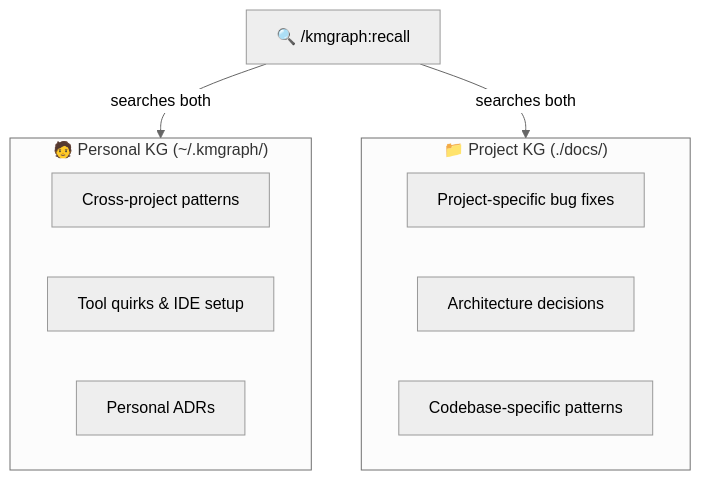
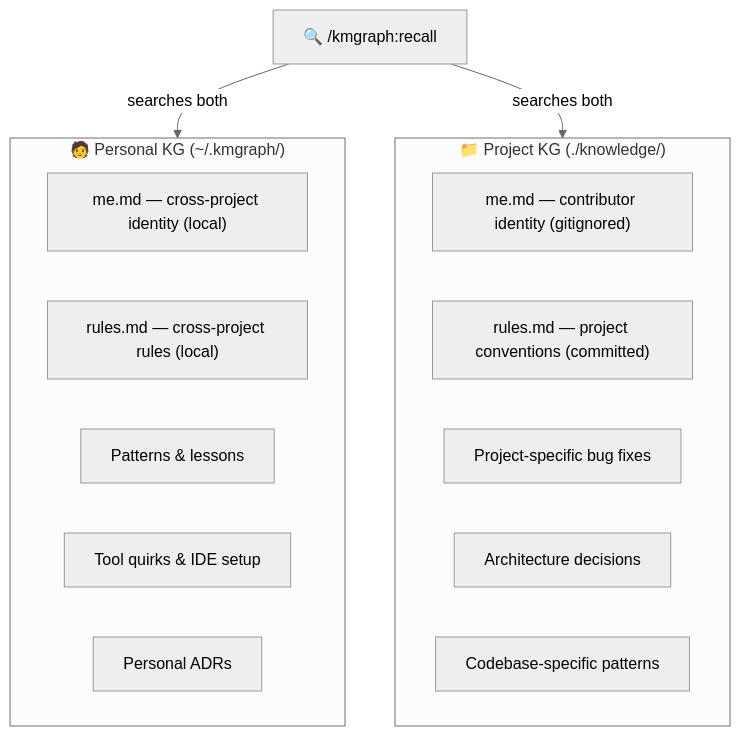
The diagram in docs/PERSONAL-V-PROJECT.md (technomensch/knowledge-graph), drawn with Mermaid before and after one commit. The commit also changed other lines of this file and 35 other files, not shown here.

````diff
--- a/docs/PERSONAL-V-PROJECT.md
+++ b/docs/PERSONAL-V-PROJECT.md
@@ -54,22 +67,26 @@
 ```mermaid
 %%{init: {'theme': 'neutral'}}%%
 graph TB
     subgraph Personal ["🧑 Personal KG (~/.kmgraph/)"]
-        P1["Cross-project patterns"]
+        PM["me.md — cross-project identity (local)"]
+        PR["rules.md — cross-project rules (local)"]
+        P1["Patterns & lessons"]
         P2["Tool quirks & IDE setup"]
         P3["Personal ADRs"]
     end
 
-    subgraph Project ["📁 Project KG (./docs/)"]
+    subgraph Project ["📁 Project KG (./knowledge/)"]
+        PJM["me.md — contributor identity (gitignored)"]
+        PJR["rules.md — project conventions (committed)"]
         PJ1["Project-specific bug fixes"]
         PJ2["Architecture decisions"]
         PJ3["Codebase-specific patterns"]
     end
 
     Recall["🔍 /kmgraph:recall"]
     Recall -->|searches both| Personal
     Recall -->|searches both| Project
 
     accTitle: Personal vs Project KG scopes
-    accDescr: Two KG scopes — Personal stored at ~/.kmgraph/ and Project stored in ./docs/. Recall searches both automatically.
+    accDescr: Two KG scopes — Personal stored at ~/.kmgraph/ and Project stored in ./knowledge/. Each scope includes me.md for identity and rules.md for behavioral conventions. Recall searches both automatically.
 ```
````
